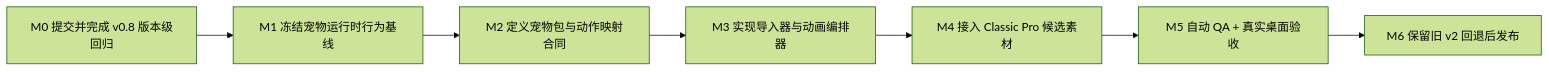
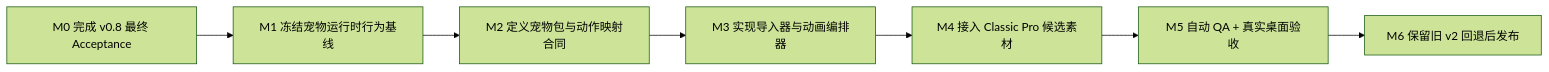
The fourth of 4 diagrams in doc/releases/v0.8/pet-animation-next-version-review.md (NzyZzz1998/LetsMakeMoney), drawn with Mermaid (forest theme) before and after one commit. The commit also changed other lines of this file and 4 other files, not shown here.

````diff
--- a/doc/releases/v0.8/pet-animation-next-version-review.md
+++ b/doc/releases/v0.8/pet-animation-next-version-review.md
@@ -189,9 +189,9 @@
 ```mermaid
 flowchart LR
-    M0["M0 提交并完成 v0.8 版本级回归"] --> M1["M1 冻结宠物运行时行为基线"]
+    M0["M0 完成 v0.8 最终 Acceptance"] --> M1["M1 冻结宠物运行时行为基线"]
     M1 --> M2["M2 定义宠物包与动作映射合同"]
     M2 --> M3["M3 实现导入器与动画编排器"]
     M3 --> M4["M4 接入 Classic Pro 候选素材"]
     M4 --> M5["M5 自动 QA + 真实桌面验收"]
     M5 --> M6["M6 保留旧 v2 回退后发布"]
 ```
````
